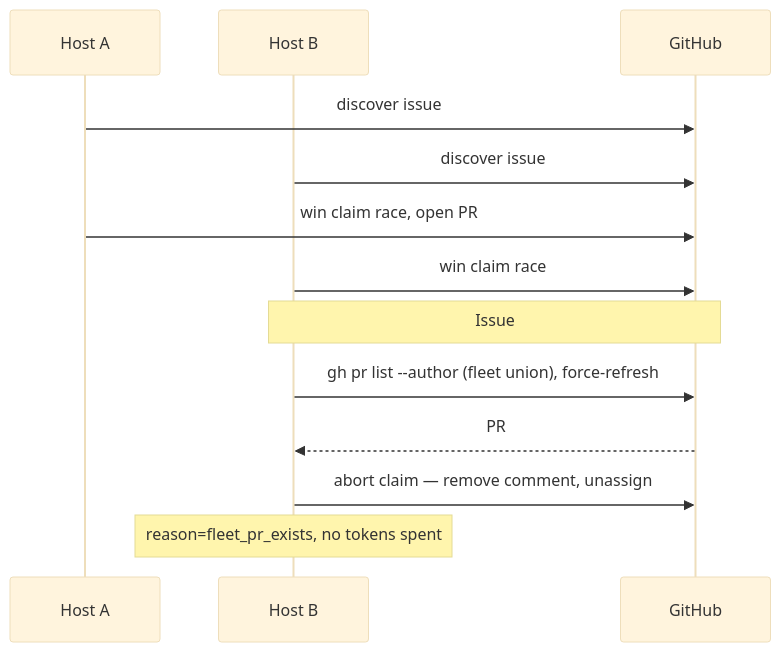
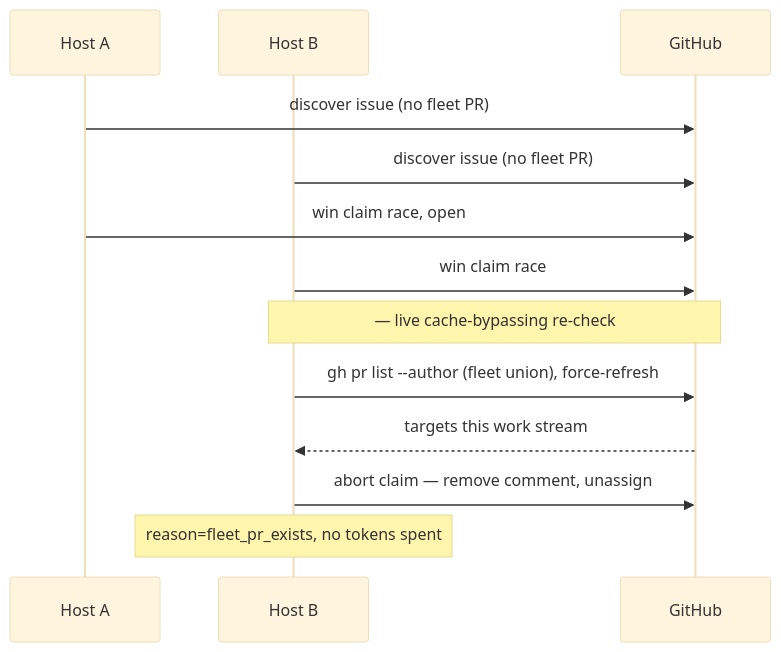
Before and after one commit to stSoftwareAU/VibeCoder: the second of 2 diagrams in docs/DUPLICATE-PR-ROOT-CAUSE-3138.md, drawn with Mermaid (base theme). The commit also changed other lines of this file and 291 other files, not shown here.

````diff
--- a/docs/DUPLICATE-PR-ROOT-CAUSE-3138.md
+++ b/docs/DUPLICATE-PR-ROOT-CAUSE-3138.md
@@ -131,15 +131,15 @@
 ```mermaid
 sequenceDiagram
     participant A as Host A
     participant B as Host B
     participant GH as GitHub
-    A->>GH: discover issue #647 (no fleet PR)
-    B->>GH: discover issue #647 (no fleet PR)
-    A->>GH: win claim race, open PR #648
+    A->>GH: discover issue (no fleet PR)
+    B->>GH: discover issue (no fleet PR)
+    A->>GH: win claim race, open
     B->>GH: win claim race
-    Note over B,GH: Issue #3150 — live cache-bypassing re-check
+    Note over B,GH: — live cache-bypassing re-check
     B->>GH: gh pr list --author (fleet union), force-refresh
-    GH-->>B: PR #648 targets this work stream
+    GH-->>B: targets this work stream
     B->>GH: abort claim — remove comment, unassign
     Note over B: reason=fleet_pr_exists, no tokens spent
 ```
````
